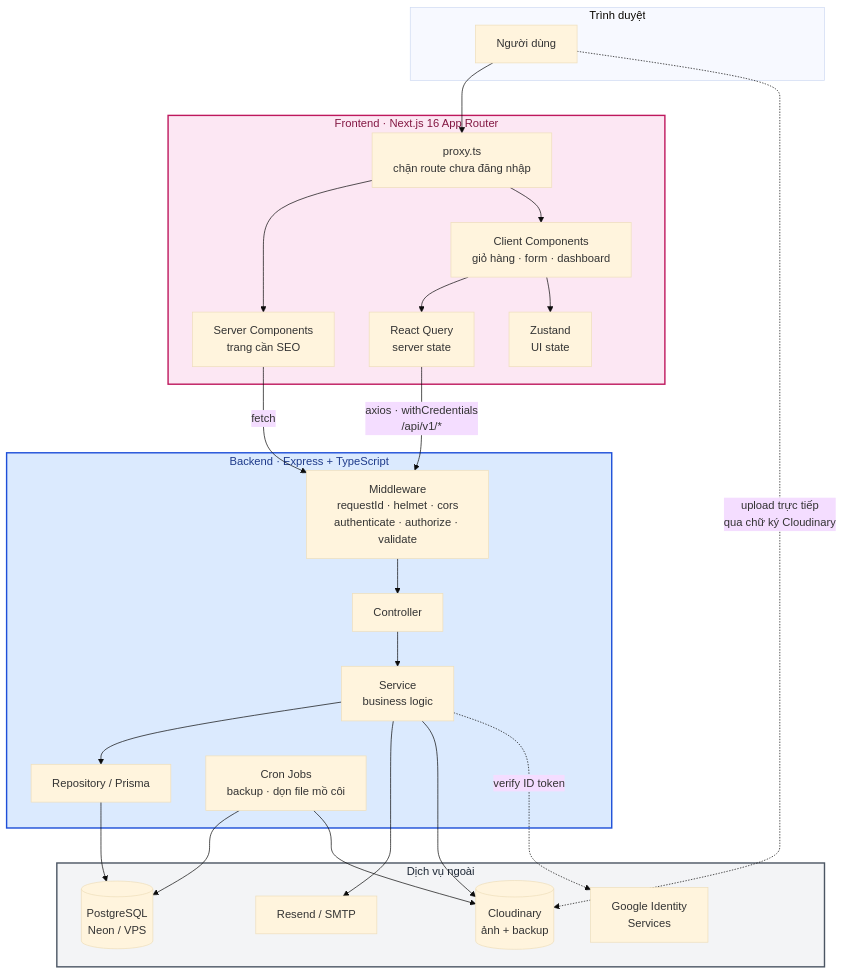
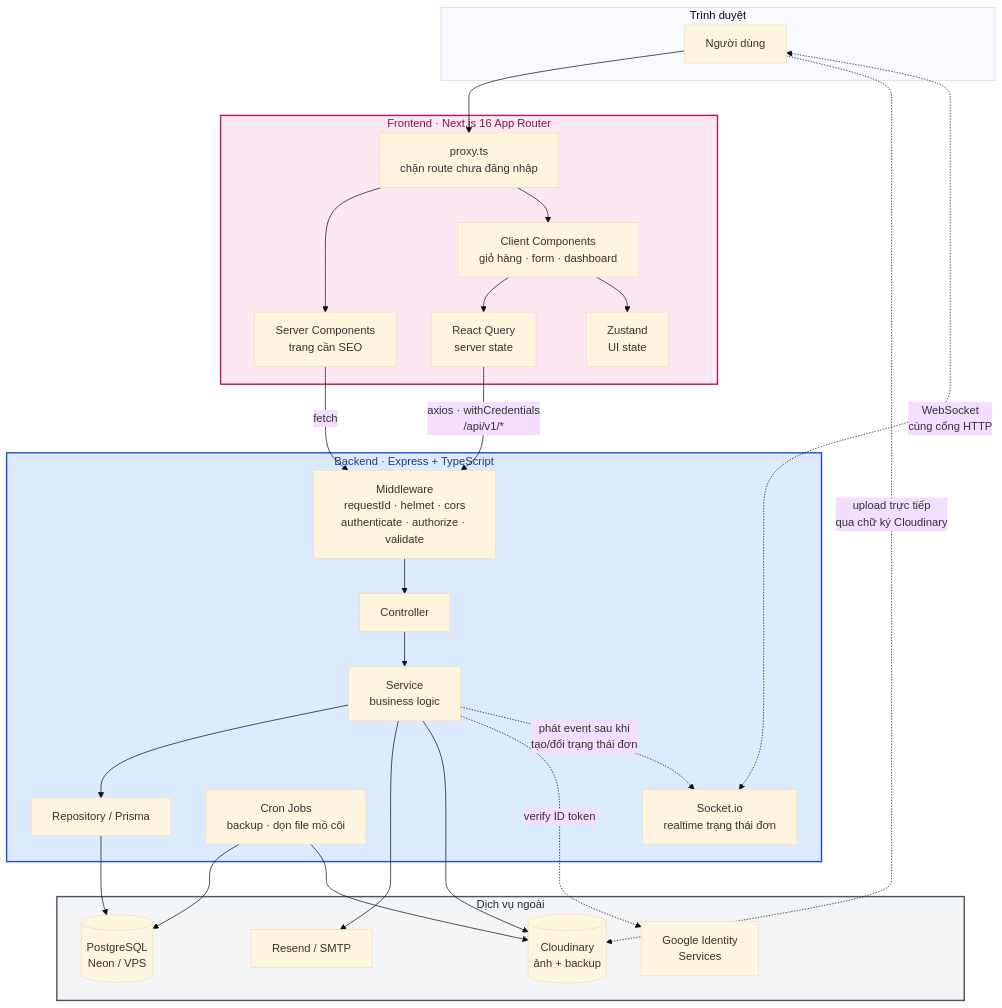
The second of 4 diagrams in docs/02-kien-truc-tong-quan.md (Hungvu0712/FLOWER), drawn with Mermaid (base theme) before and after one commit. The commit also changed 223 other files, not shown here.

````diff
--- a/docs/02-kien-truc-tong-quan.md
+++ b/docs/02-kien-truc-tong-quan.md
@@ -62,49 +62,52 @@
 ```mermaid
 flowchart TB
     subgraph CLIENT["Trình duyệt"]
         BROWSER[Người dùng]
     end
 
     subgraph FE["Frontend · Next.js 16 App Router"]
         PROXY["proxy.ts<br/>chặn route chưa đăng nhập"]
         RSC["Server Components<br/>trang cần SEO"]
         CC["Client Components<br/>giỏ hàng · form · dashboard"]
         RQ["React Query<br/>server state"]
         ZS["Zustand<br/>UI state"]
     end
 
     subgraph BE["Backend · Express + TypeScript"]
         MW["Middleware<br/>requestId · helmet · cors<br/>authenticate · authorize · validate"]
         CTRL["Controller"]
         SVC["Service<br/>business logic"]
         REPO["Repository / Prisma"]
         JOBS["Cron Jobs<br/>backup · dọn file mồ côi"]
+        RT["Socket.io<br/>realtime trạng thái đơn"]
     end
 
     subgraph EXT["Dịch vụ ngoài"]
         PG[("PostgreSQL<br/>Neon / VPS")]
         CD[("Cloudinary<br/>ảnh + backup")]
         MAIL["Resend / SMTP"]
         GOOGLE["Google Identity<br/>Services"]
     end
 
     BROWSER --> PROXY
     PROXY --> RSC
     PROXY --> CC
     CC --> RQ
     CC --> ZS
     RQ -->|"axios · withCredentials<br/>/api/v1/*"| MW
     RSC -->|fetch| MW
 
     MW --> CTRL --> SVC --> REPO --> PG
     SVC --> MAIL
     SVC --> CD
     SVC -.->|verify ID token| GOOGLE
     BROWSER -.->|"upload trực tiếp<br/>qua chữ ký Cloudinary"| CD
     JOBS --> PG
     JOBS --> CD
+    BROWSER <-.->|"WebSocket<br/>cùng cổng HTTP"| RT
+    SVC -.->|"phát event sau khi<br/>tạo/đổi trạng thái đơn"| RT
 
     style FE fill:#fce7f3,stroke:#be185d,stroke-width:2px,color:#831843
     style BE fill:#dbeafe,stroke:#1d4ed8,stroke-width:2px,color:#1e3a8a
     style EXT fill:#f3f4f6,stroke:#4b5563,stroke-width:2px,color:#1f2937
 ```
````
